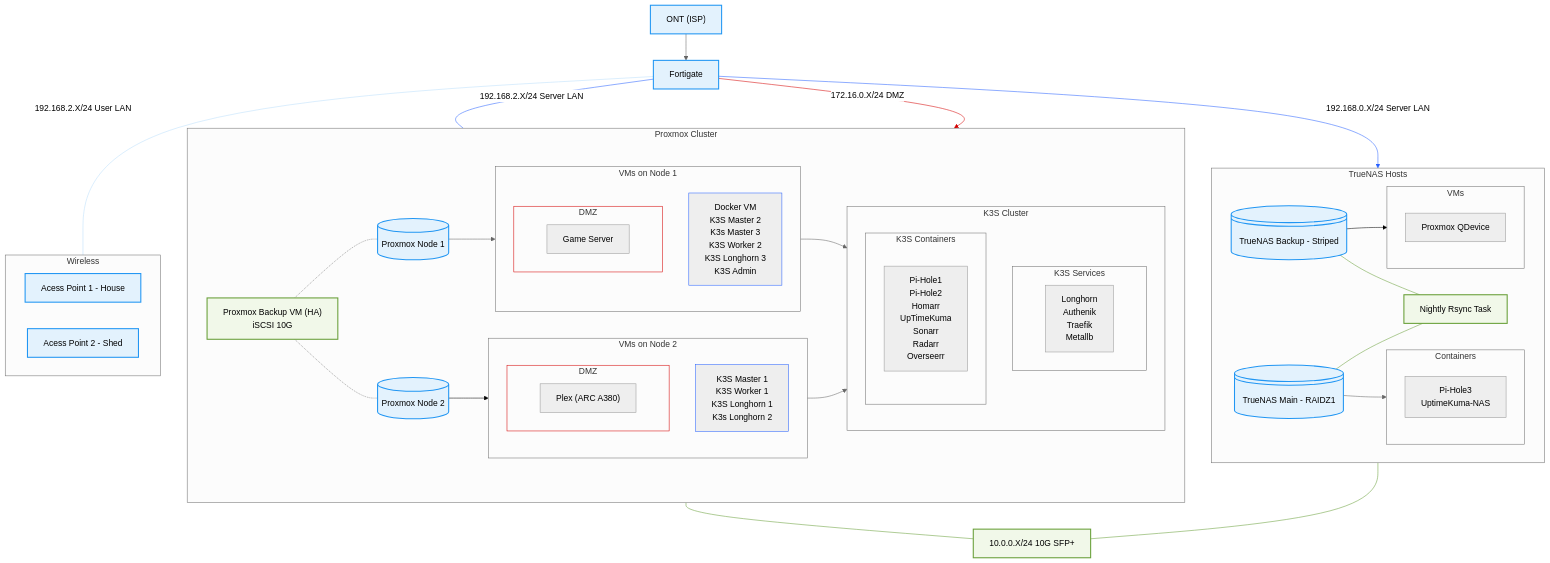
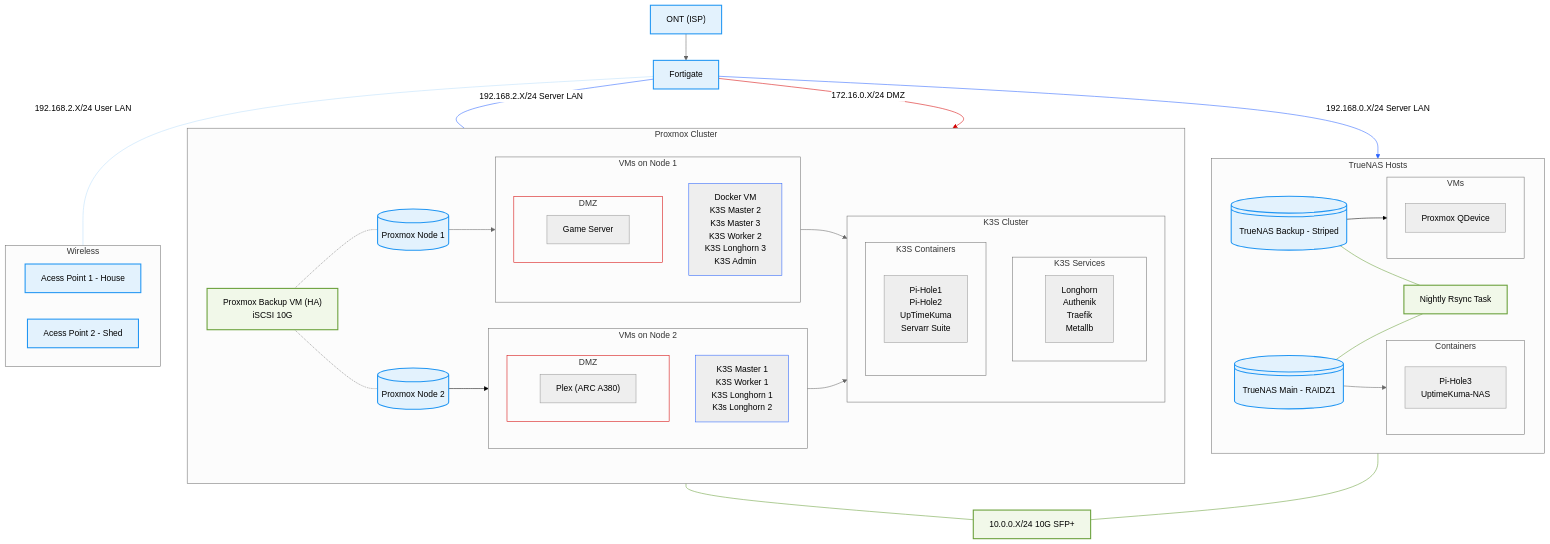
Before and after one commit to rbmfullerton/homelab-terraform: the diagram in README.md, drawn with Mermaid (neutral theme).

```diff
--- a/README.md
+++ b/README.md
@@ -32,7 +32,7 @@
         K3SPodList["Longhorn<br>Authenik<br>Traefik<br>Metallb"]
   end
  subgraph K3SCons["K3S Containers"]
-        K3SSerList["Pi-Hole1<br>Pi-Hole2<br>Homarr<br>UpTimeKuma<br>Sonarr<br>Radarr<br>Overseerr"]
+        K3SSerList["Pi-Hole1<br>Pi-Hole2<br>UpTimeKuma<br>Servarr Suite"]
   end
  subgraph K3S["K3S Cluster"]
         K3SCons
```
